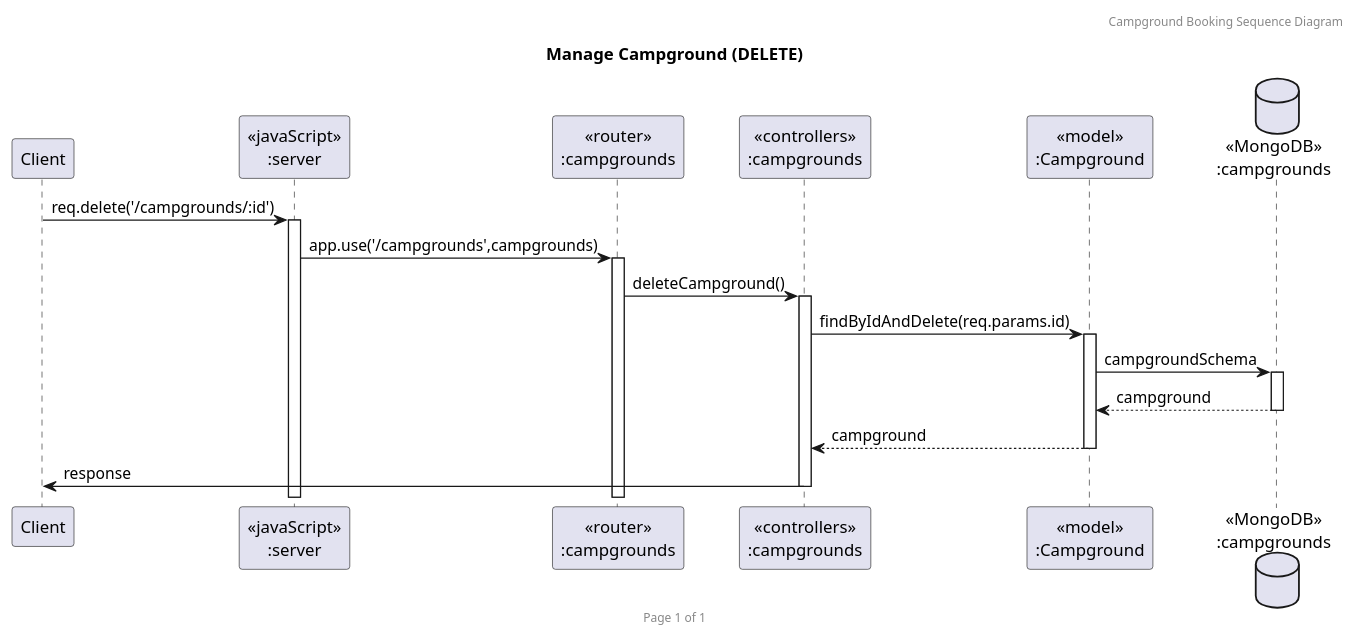
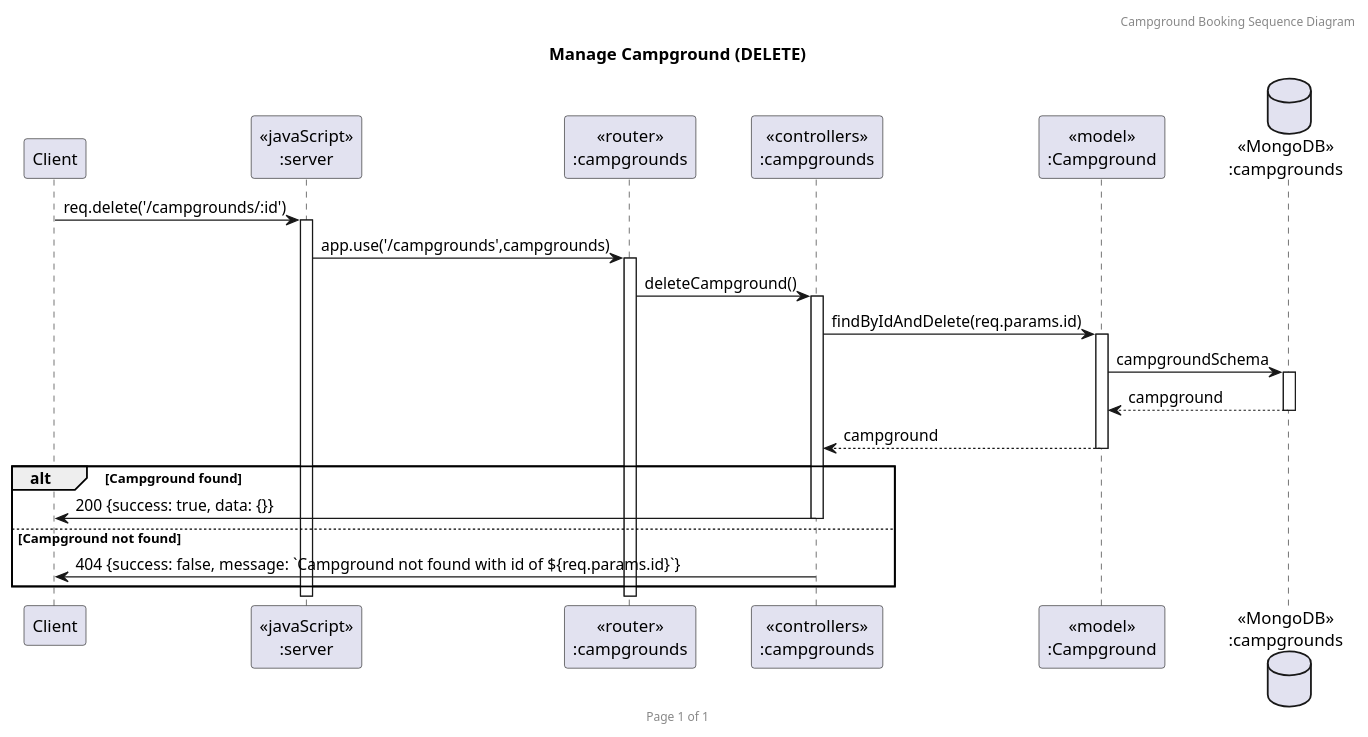
One commit to 2110503TACEDT66/presentation-day-1-i-am-the-bone-of-my-sources changed the diagram in presentation/Sequence_Diagram/Campgrounds/SequenceDiagramDELETE_Campground.puml. Above: the diagram before and after it, drawn with PlantUML. The commit also changed 9 other files, not shown here.

Commit message:
Alt response of campground sequence diagram

```diff
--- a/presentation/Sequence_Diagram/Campgrounds/SequenceDiagramDELETE_Campground.puml
+++ b/presentation/Sequence_Diagram/Campgrounds/SequenceDiagramDELETE_Campground.puml
@@ -1,23 +1,27 @@
 @startuml Manage Campground (DELETE)
 
 header Campground Booking Sequence Diagram
 footer Page %page% of %lastpage%
 title "Manage Campground (DELETE)"
 
 participant "Client" as client
 participant "<<javaScript>>\n:server" as server
 participant "<<router>>\n:campgrounds" as routerCampgrounds
 participant "<<controllers>>\n:campgrounds" as controllersCampgrounds
 participant "<<model>>\n:Campground" as modelCampground
 database "<<MongoDB>>\n:campgrounds" as CampgroundsDatabase
 
 client->server ++:req.delete('/campgrounds/:id')
 server->routerCampgrounds ++:app.use('/campgrounds',campgrounds)
 routerCampgrounds -> controllersCampgrounds ++:deleteCampground()
 controllersCampgrounds->modelCampground ++:findByIdAndDelete(req.params.id)
 modelCampground ->CampgroundsDatabase ++: campgroundSchema
 CampgroundsDatabase --> modelCampground --: campground
 modelCampground --> controllersCampgrounds --: campground
-controllersCampgrounds -> client --: response
+alt Campground found
+    controllersCampgrounds -> client --: 200 {success: true, data: {}}
+else Campground not found
+    controllersCampgrounds -> client --: 404 {success: false, message: `Campground not found with id of ${req.params.id}`}
+end
 
 @enduml
```
